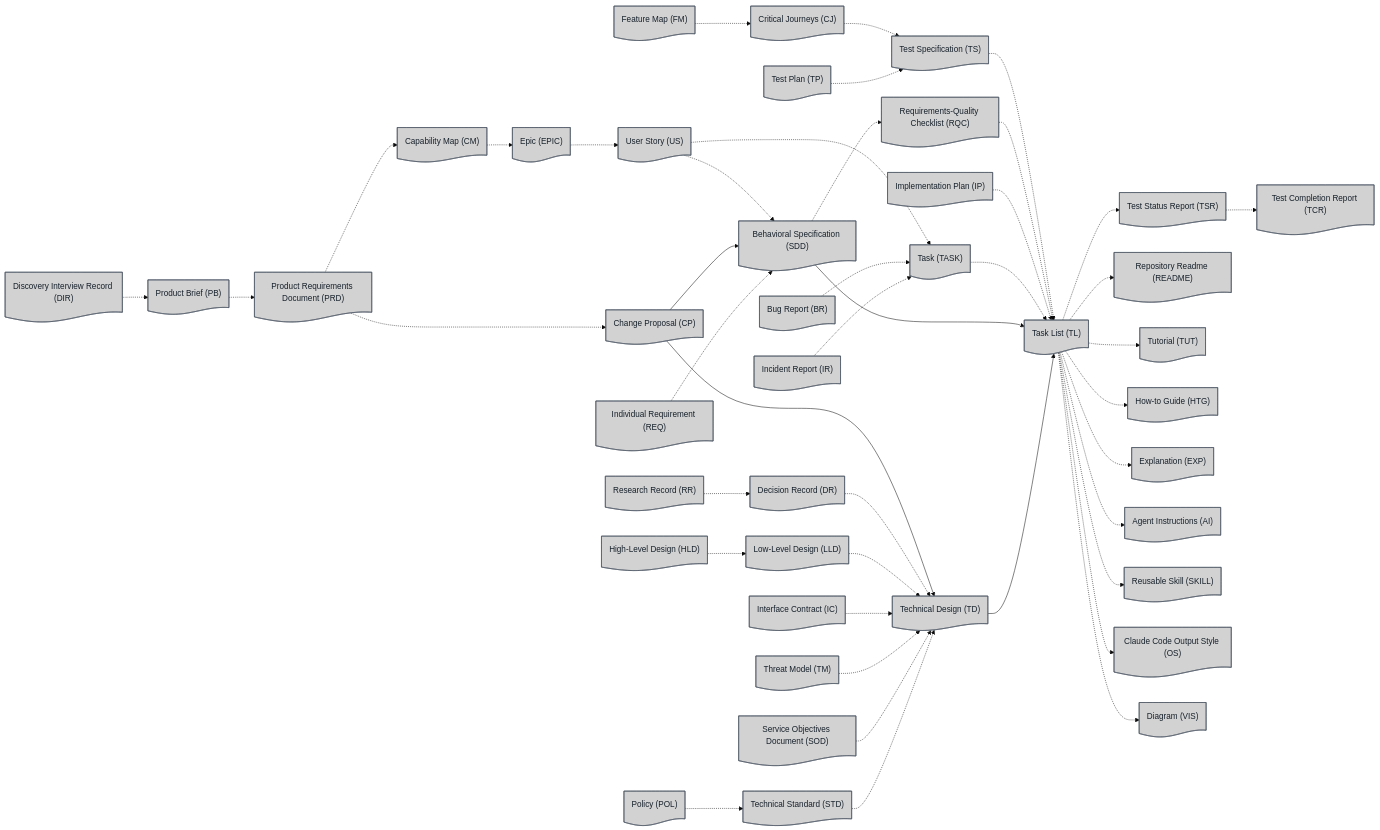
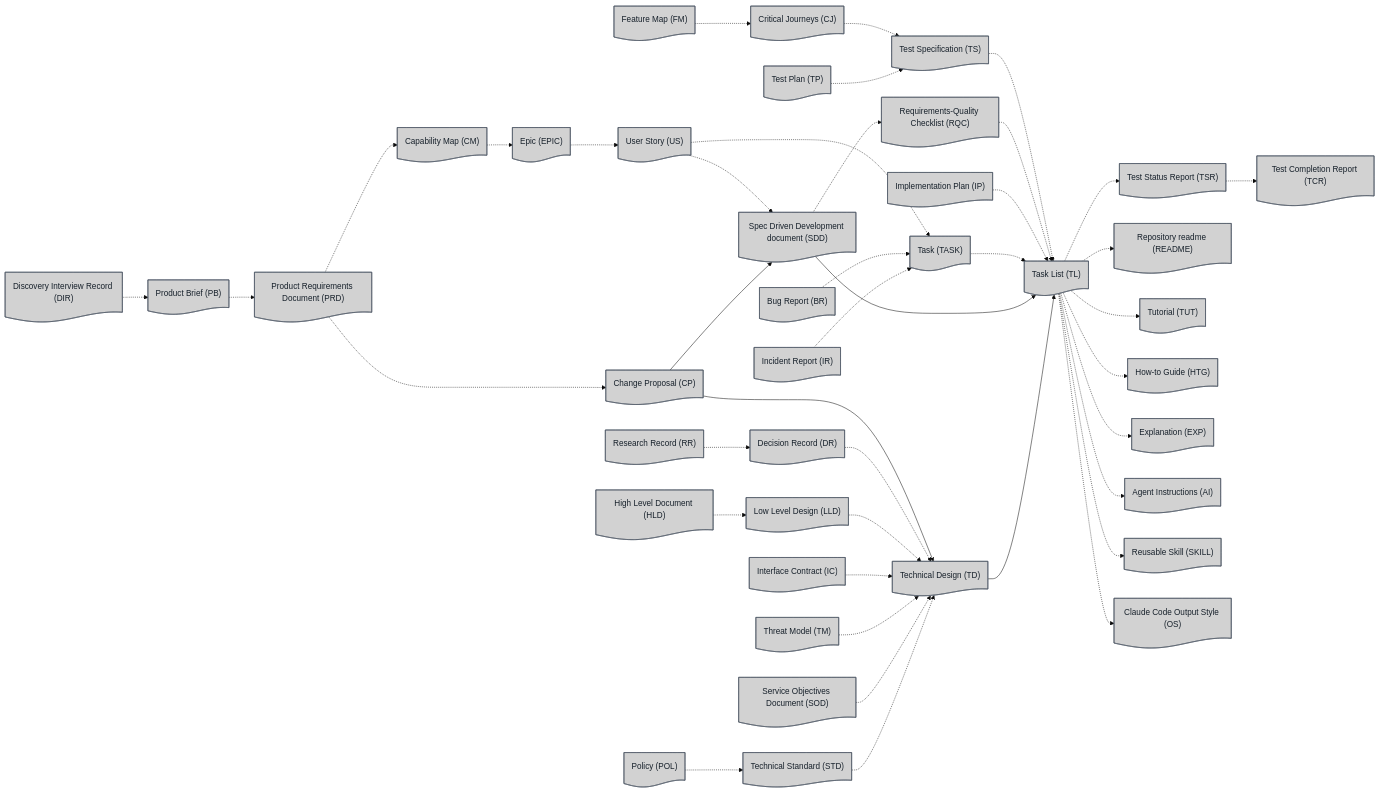
One commit to fatonsopa/ai-technical-writer changed the second of 2 diagrams in README.md. Above: the diagram before and after it, drawn with Mermaid (base theme). The commit also changed other lines of this file and 2 other files, not shown here.

````diff
--- a/README.md
+++ b/README.md
@@ -116,14 +116,13 @@
     CP@{ shape: doc, label: "Change Proposal (CP)" }
     EPIC@{ shape: doc, label: "Epic (EPIC)" }
     US@{ shape: doc, label: "User Story (US)" }
-    SDD@{ shape: doc, label: "Behavioral Specification (SDD)" }
+    SDD@{ shape: doc, label: "Spec Driven Development document (SDD)" }
     TASK@{ shape: doc, label: "Task (TASK)" }
     TD@{ shape: doc, label: "Technical Design (TD)" }
-    REQ@{ shape: doc, label: "Individual Requirement (REQ)" }
     RR@{ shape: doc, label: "Research Record (RR)" }
     DR@{ shape: doc, label: "Decision Record (DR)" }
-    HLD@{ shape: doc, label: "High-Level Design (HLD)" }
-    LLD@{ shape: doc, label: "Low-Level Design (LLD)" }
+    HLD@{ shape: doc, label: "High Level Document (HLD)" }
+    LLD@{ shape: doc, label: "Low Level Design (LLD)" }
     IC@{ shape: doc, label: "Interface Contract (IC)" }
     TM@{ shape: doc, label: "Threat Model (TM)" }
     SOD@{ shape: doc, label: "Service Objectives Document (SOD)" }
@@ -140,14 +139,13 @@
     TCR@{ shape: doc, label: "Test Completion Report (TCR)" }
     BR@{ shape: doc, label: "Bug Report (BR)" }
     IR@{ shape: doc, label: "Incident Report (IR)" }
-    README@{ shape: doc, label: "Repository Readme (README)" }
+    README@{ shape: doc, label: "Repository readme (README)" }
     TUT@{ shape: doc, label: "Tutorial (TUT)" }
     HTG@{ shape: doc, label: "How-to Guide (HTG)" }
     EXP@{ shape: doc, label: "Explanation (EXP)" }
     AI@{ shape: doc, label: "Agent Instructions (AI)" }
     SKILL@{ shape: doc, label: "Reusable Skill (SKILL)" }
     OS@{ shape: doc, label: "Claude Code Output Style (OS)" }
-    VIS@{ shape: doc, label: "Diagram (VIS)" }
     DIR -.-> PB
     PB -.-> PRD
     PRD -.-> CM
@@ -158,7 +156,6 @@
     US -.-> TASK
     CP --> SDD
     CP --> TD
-    REQ -.-> SDD
     RR -.-> DR
     DR -.-> TD
     HLD -.-> LLD
@@ -189,7 +186,6 @@
     TL -.-> AI
     TL -.-> SKILL
     TL -.-> OS
-    TL -.-> VIS
     classDef document fill:#D2D2D2,stroke:#4B5563,color:#17212B
-    class DIR,PB,PRD,CM,CP,EPIC,US,SDD,TASK,TD,REQ,RR,DR,HLD,LLD,IC,TM,SOD,POL,STD,RQC,FM,CJ,TS,TP,TL,IP,TSR,TCR,BR,IR,README,TUT,HTG,EXP,AI,SKILL,OS,VIS document
+    class DIR,PB,PRD,CM,CP,EPIC,US,SDD,TASK,TD,RR,DR,HLD,LLD,IC,TM,SOD,POL,STD,RQC,FM,CJ,TS,TP,TL,IP,TSR,TCR,BR,IR,README,TUT,HTG,EXP,AI,SKILL,OS document
 ```
````
